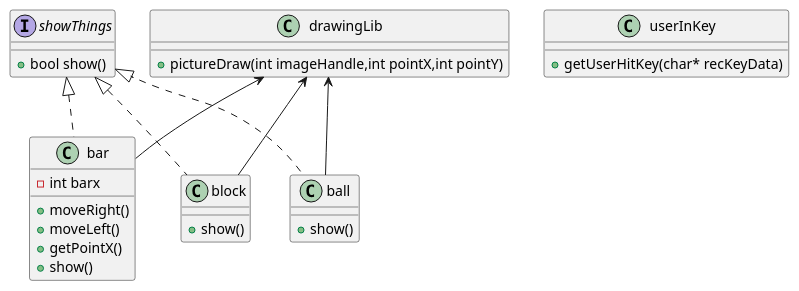
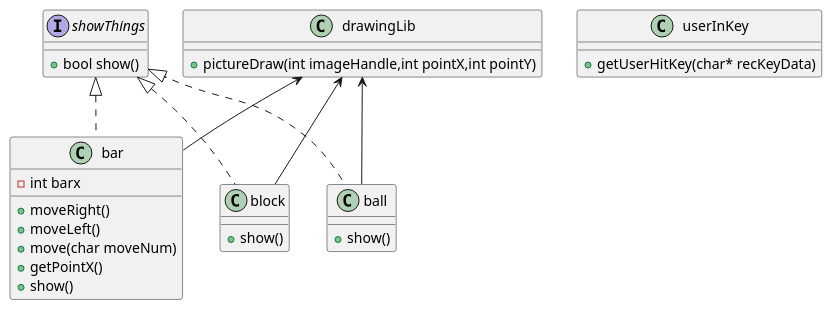
Before and after one commit to terapotan/Aimforcomplete: the diagram in Aimforconplete-TDD/TodoList.md, drawn with PlantUML. The commit also changed other lines of this file and 4 other files, not shown here.

```diff
--- a/Aimforconplete-TDD/TodoList.md
+++ b/Aimforconplete-TDD/TodoList.md
@@ -55,35 +60,36 @@
 ~~~plantuml
 @startuml
 interface showThings{
     + bool show()
 }
 class bar{
     - int barx
     + moveRight()
     + moveLeft()
+    + move(char moveNum)
     + getPointX()
     + show()
 }
 class block{
     + show()
 }
 class ball{
     + show()
 }
 class drawingLib{
     + pictureDraw(int imageHandle,int pointX,int pointY)
 }
 
 class userInKey{
     + getUserHitKey(char* recKeyData)
 }
 
 showThings <|.. bar
 showThings <|.. block
 showThings <|.. ball
 drawingLib <-down- bar
 drawingLib <-down- block
 drawingLib <-down- ball
 
 @enduml
 ~~~
```
